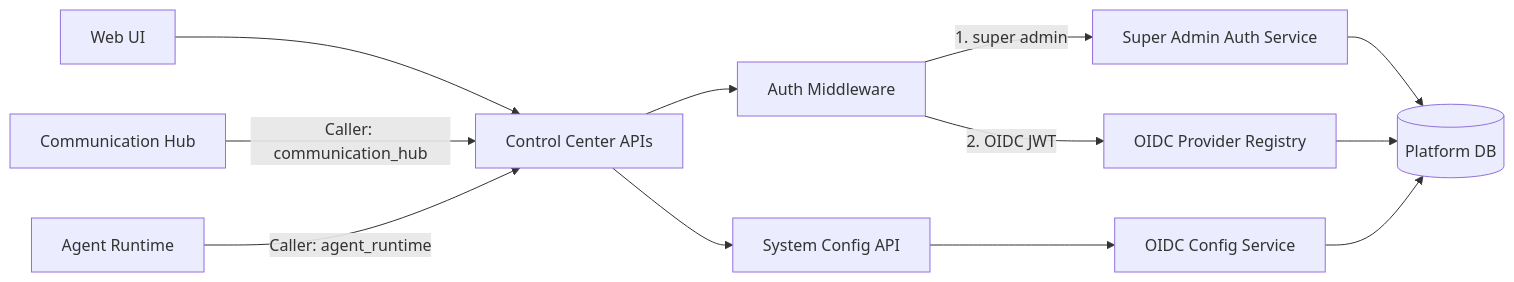
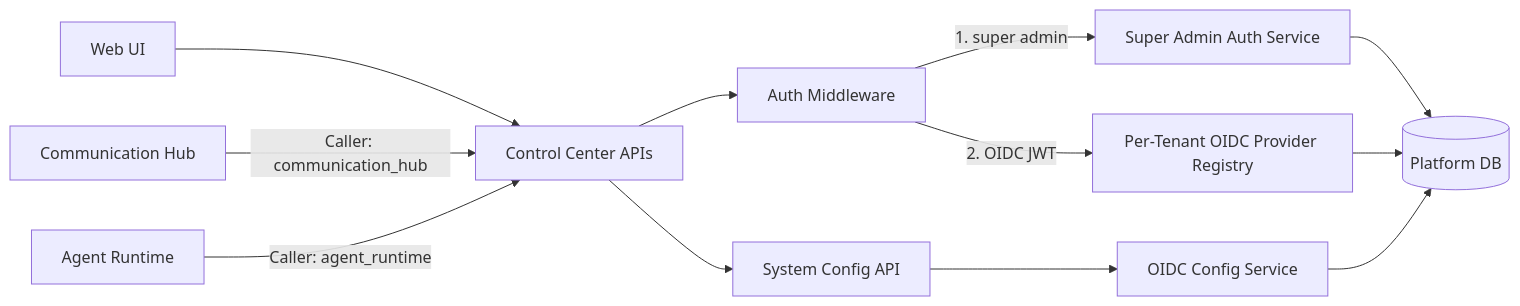
One commit to hurungang/parthenon changed the first of 8 diagrams in docs/master/architecture/modules/control-center/architecture.md. Above: the diagram before and after it, drawn with Mermaid. The commit also changed other lines of this file and 126 other files, not shown here.

````diff
--- a/docs/master/architecture/modules/control-center/architecture.md
+++ b/docs/master/architecture/modules/control-center/architecture.md
@@ -5,25 +5,25 @@
 ```mermaid
 flowchart LR
     UI[Web UI]
     CH[Communication Hub]
     AR[Agent Runtime]
     API[Control Center APIs]
     AM[Auth Middleware]
     SAR[Super Admin Auth Service]
-    OPR[OIDC Provider Registry]
+    OPR[Per-Tenant OIDC Provider Registry]
     SCAPI[System Config API]
     OCR[OIDC Config Service]
     DB[(Platform DB)]
 
     UI --> API
     CH -->|Caller: communication_hub| API
     AR -->|Caller: agent_runtime| API
     API --> AM
     AM -->|1. super admin| SAR
     AM -->|2. OIDC JWT| OPR
     API --> SCAPI
     SCAPI --> OCR
     SAR --> DB
     OCR --> DB
     OPR --> DB
 ```
````
